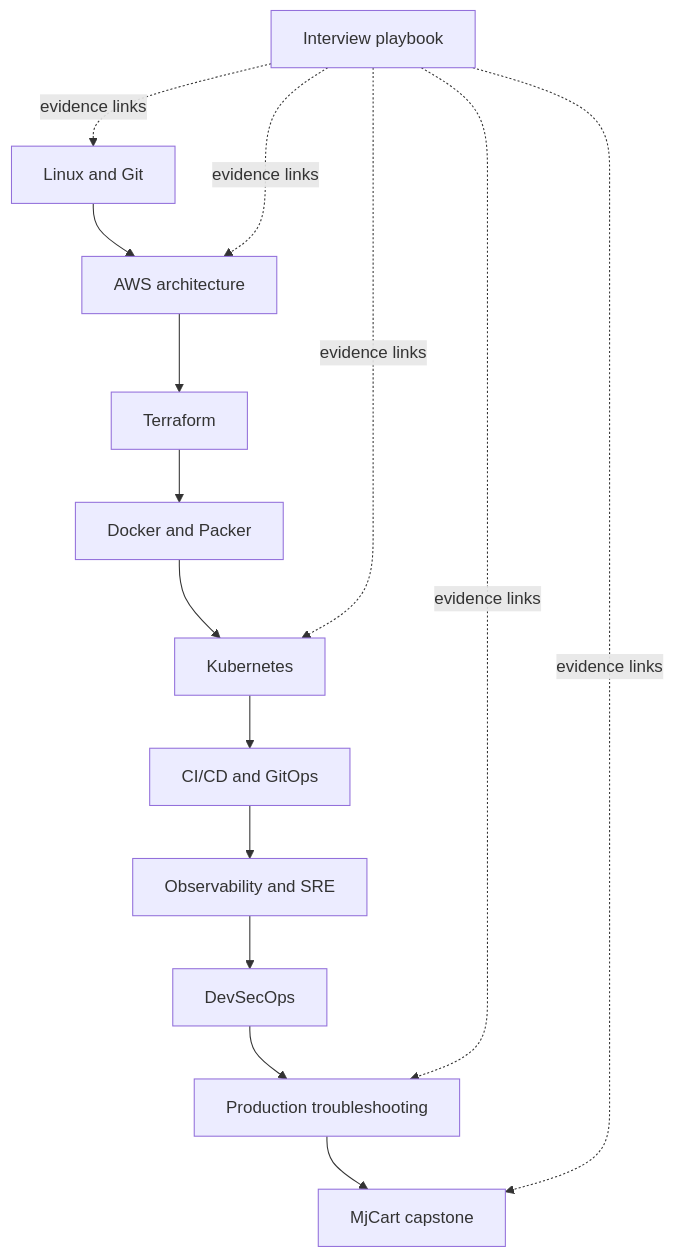
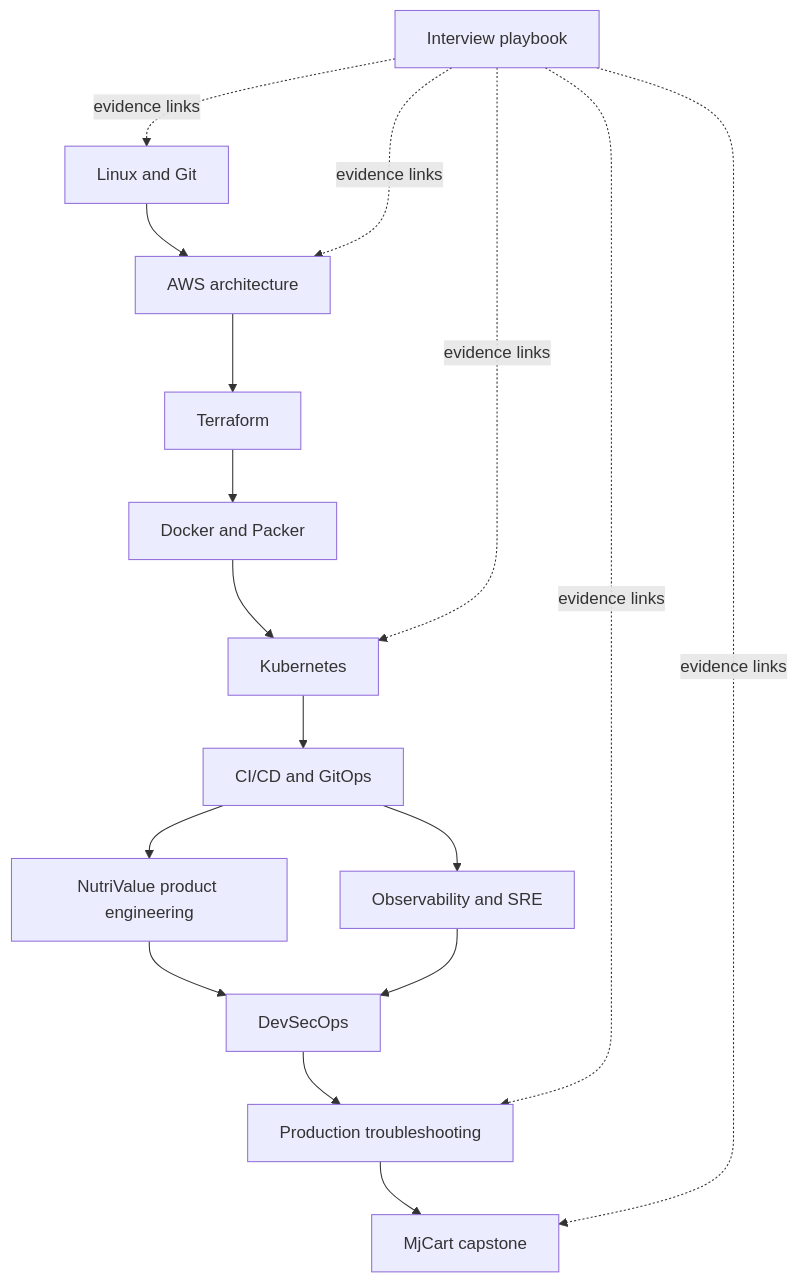
Before and after one commit to jeevanm84/jeevanm84: the diagram in docs/ECOSYSTEM.md, drawn with Mermaid. The commit also changed other lines of this file and 1 other file, not shown here.

Commit message:
docs: add NutriValue to engineering portfolio (#10)

````diff
--- a/docs/ECOSYSTEM.md
+++ b/docs/ECOSYSTEM.md
@@ -51,17 +54,19 @@
 ```mermaid
 flowchart TB
   Git[Linux and Git] --> AWS[AWS architecture]
   AWS --> TF[Terraform]
   TF --> Images[Docker and Packer]
   Images --> K8s[Kubernetes]
   K8s --> CICD[CI/CD and GitOps]
   CICD --> Obs[Observability and SRE]
+  CICD --> Product[NutriValue product engineering]
+  Product --> Sec[DevSecOps]
   Obs --> Sec[DevSecOps]
   Sec --> Incident[Production troubleshooting]
   Incident --> Capstone[MjCart capstone]
   Interview[Interview playbook] -. evidence links .-> Git
   Interview -. evidence links .-> AWS
   Interview -. evidence links .-> K8s
   Interview -. evidence links .-> Incident
   Interview -. evidence links .-> Capstone
 ```
````
